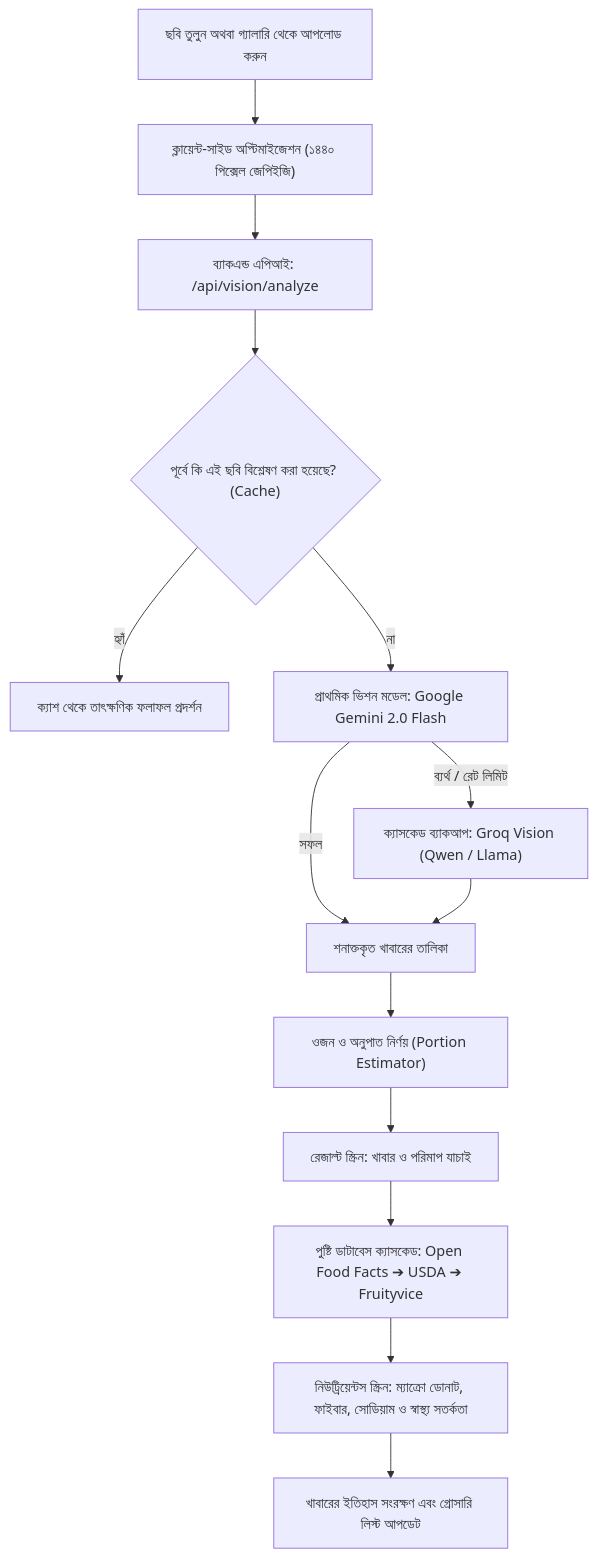
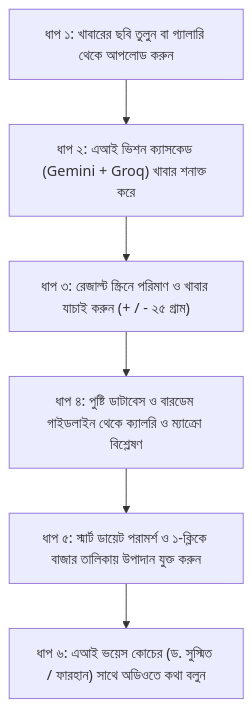
The fifth of 5 diagrams in docs/WORKFLOW_GUIDE.md (bikash-20/cloud-camp-hackathon), drawn with Mermaid before and after one commit. The commit also changed other lines of this file and 3 other files, not shown here.

Commit message:
docs: expand master workflow guide with architecture diagrams, voice coach pipeline, and bilingual user journeys

````diff
--- a/docs/WORKFLOW_GUIDE.md
+++ b/docs/WORKFLOW_GUIDE.md
@@ -153,16 +398,8 @@
 ```mermaid
 flowchart TD
-    A["ছবি তুলুন অথবা গ্যালারি থেকে আপলোড করুন"] --> B["ক্লায়েন্ট-সাইড অপ্টিমাইজেশন (১৪৪০ পিক্সেল জেপিইজি)"]
-    B --> C["ব্যাকএন্ড এপিআই: /api/vision/analyze"]
-    C --> D{"পূর্বে কি এই ছবি বিশ্লেষণ করা হয়েছে? (Cache)"}
-    D -- "হ্যাঁ" --> E["ক্যাশ থেকে তাৎক্ষণিক ফলাফল প্রদর্শন"]
-    D -- "না" --> F["প্রাথমিক ভিশন মডেল: Google Gemini 2.0 Flash"]
-    F -- "সফল" --> G["শনাক্তকৃত খাবারের তালিকা"]
-    F -- "ব্যর্থ / রেট লিমিট" --> H["ক্যাসকেড ব্যাকআপ: Groq Vision (Qwen / Llama)"]
-    H --> G
-    G --> I["ওজন ও অনুপাত নির্ণয় (Portion Estimator)"]
-    I --> J["রেজাল্ট স্ক্রিন: খাবার ও পরিমাপ যাচাই"]
-    J --> K["পুষ্টি ডাটাবেস ক্যাসকেড: Open Food Facts ➔ USDA ➔ Fruityvice"]
-    K --> L["নিউট্রিয়েন্টস স্ক্রিন: ম্যাক্রো ডোনাট, ফাইবার, সোডিয়াম ও স্বাস্থ্য সতর্কতা"]
-    L --> M["খাবারের ইতিহাস সংরক্ষণ এবং গ্রোসারি লিস্ট আপডেট"]
+    A["ধাপ ১: খাবারের ছবি তুলুন বা গ্যালারি থেকে আপলোড করুন"] --> B["ধাপ ২: এআই ভিশন ক্যাসকেড (Gemini + Groq) খাবার শনাক্ত করে"]
+    B --> C["ধাপ ৩: রেজাল্ট স্ক্রিনে পরিমাণ ও খাবার যাচাই করুন (+ / - ২৫ গ্রাম)"]
+    C --> D["ধাপ ৪: পুষ্টি ডাটাবেস ও বারডেম গাইডলাইন থেকে ক্যালরি ও ম্যাক্রো বিশ্লেষণ"]
+    D --> E["ধাপ ৫: স্মার্ট ডায়েট পরামর্শ ও ১-ক্লিকে বাজার তালিকায় উপাদান যুক্ত করুন"]
+    E --> F["ধাপ ৬: এআই ভয়েস কোচের (ড. সুস্মিত / ফারহান) সাথে অডিওতে কথা বলুন"]
 ```
````
